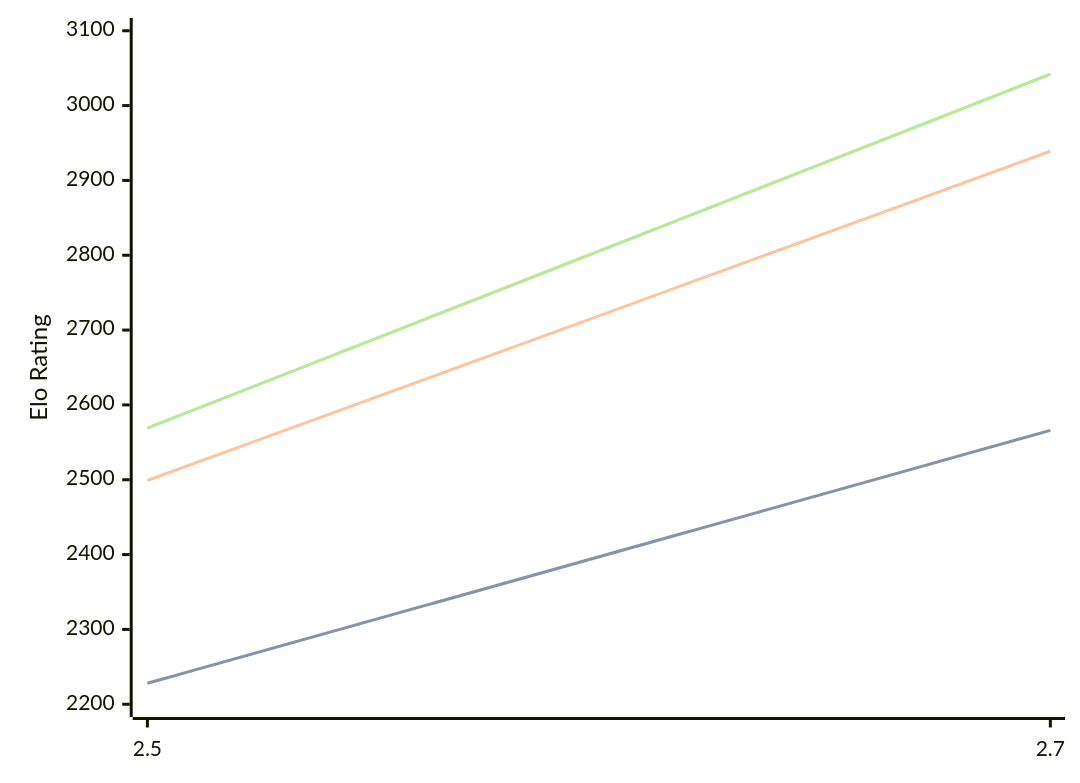
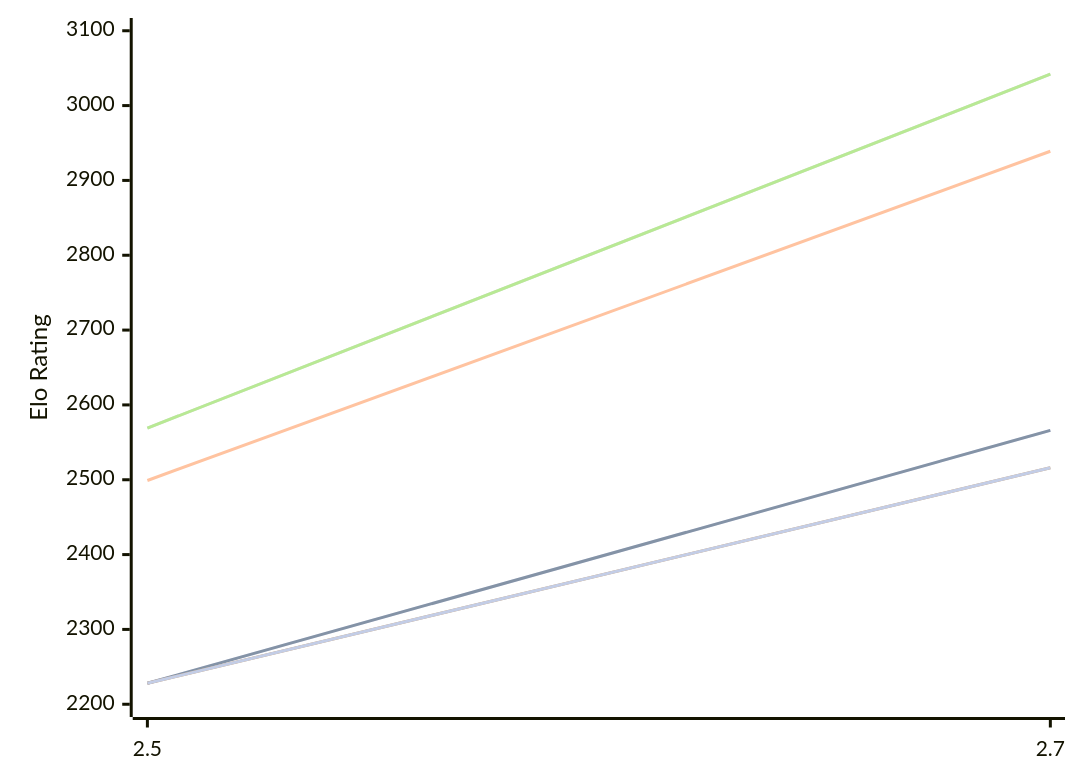
Before and after one commit to computer-chess-index/cci: the diagram in engines/Zevra.md, drawn with Mermaid. The commit also changed other lines of this file, not shown here.

Commit message:
Update CCI Ratings (ELO VLTC) - 2026-10-11

````diff
--- a/engines/Zevra.md
+++ b/engines/Zevra.md
@@ -48,16 +48,13 @@
 ```mermaid
 %%{init: {"theme":"base","themeVariables":{"seriesColors:['#a3a3a3','#222221','#faa371']}}}%%
 xychart-beta
   x-axis ["2.5", "2.7"]
   y-axis "Elo Rating" 2200 --> 3100
   line "" [2228, 2566]
   line "T1: STC (8.0+0.08s)" [2228, 2566]
   line "T1: LTC (60.0+0.60s)" [2499, 2939]
   line "" [2569, 3042]
   line "T1: VLTC (2m24s+1.12s)" [2569, 3042]
-  line "" [2507]
-  line "E1: STC (8.0+0.08s)" [2507]
-  line "E1: LTC (60.0+0.60s)" [2855]
-  line "" [2965]
-  line "E1: VLTC (2m24s+1.12s)" [2965]
+  line "" [2228,2516]
+  line "E1: STC (8.0+0.08s)" [2228,2516]
 ```
````
